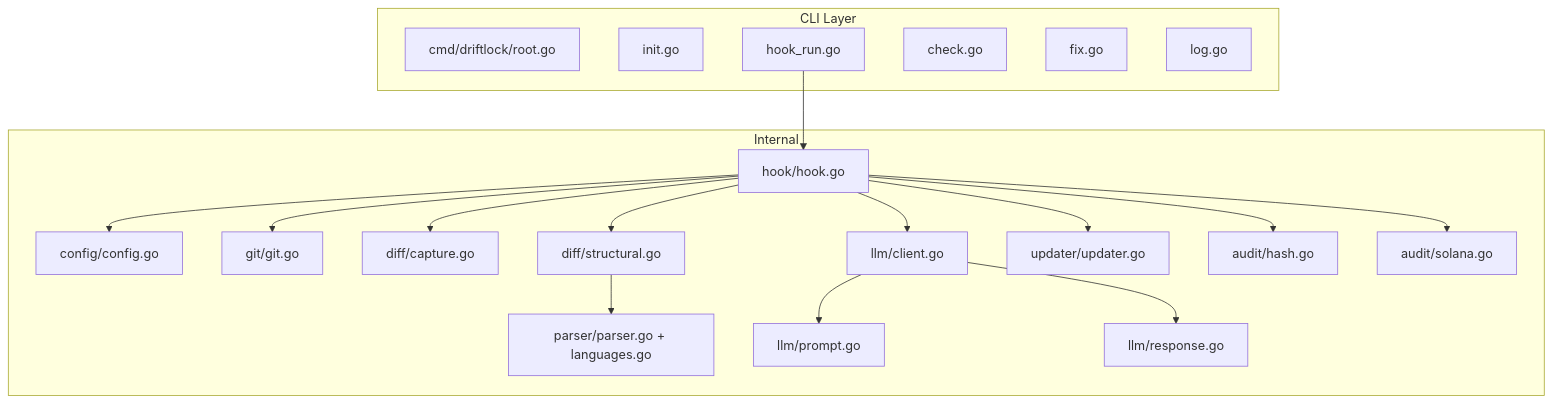
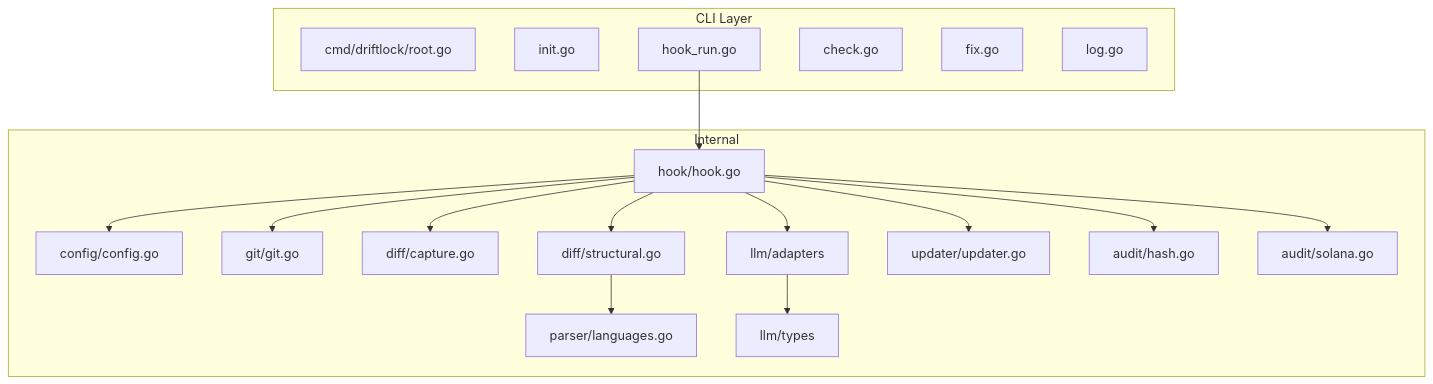
Before and after one commit to Ksschkw/driftlock: the second of 2 diagrams in README.md, drawn with Mermaid. The commit also changed other lines of this file and 37 other files, not shown here.

````diff
--- a/README.md
+++ b/README.md
@@ -34,40 +34,38 @@
 ```mermaid
 flowchart TD
     subgraph CLI Layer
         Root[cmd/driftlock/root.go]
         InitCmd[init.go]
         HookRunCmd[hook_run.go]
         CheckCmd[check.go]
         FixCmd[fix.go]
         LogCmd[log.go]
     end
 
     subgraph Internal
         Config[config/config.go]
         GitUtils[git/git.go]
         DiffCapture[diff/capture.go]
         DiffStructural[diff/structural.go]
-        Parser[parser/parser.go + languages.go]
-        LLMClient[llm/client.go]
-        LLMPrompt[llm/prompt.go]
-        LLMResponse[llm/response.go]
+        Parser[parser/languages.go]
+        LLMAdapters[llm/adapters]
+        LLMTypes[llm/types]
         Updater[updater/updater.go]
         AuditHash[audit/hash.go]
         AuditSolana[audit/solana.go]
         HookOrch[hook/hook.go]
     end
 
     HookRunCmd --> HookOrch
     HookOrch --> GitUtils
     HookOrch --> DiffCapture
     HookOrch --> DiffStructural
     HookOrch --> Config
-    HookOrch --> LLMClient
+    HookOrch --> LLMAdapters
     HookOrch --> Updater
     HookOrch --> AuditHash
     HookOrch --> AuditSolana
 
-    LLMClient --> LLMPrompt
-    LLMClient --> LLMResponse
+    LLMAdapters --> LLMTypes
     DiffStructural --> Parser
 ```
````
